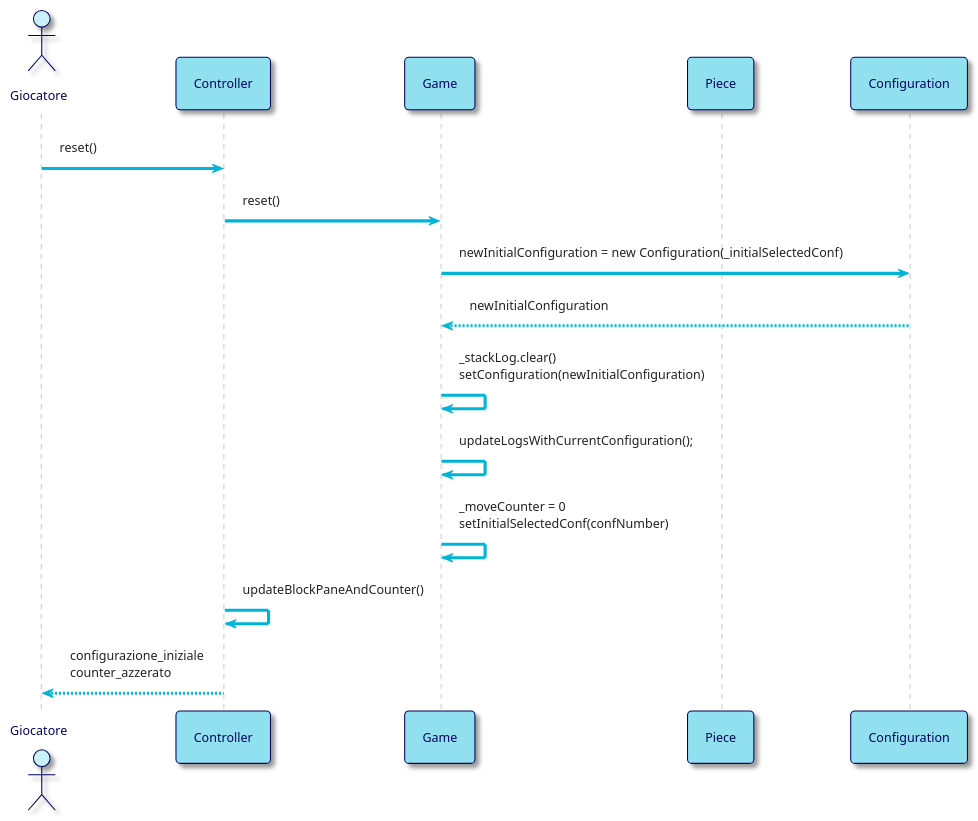
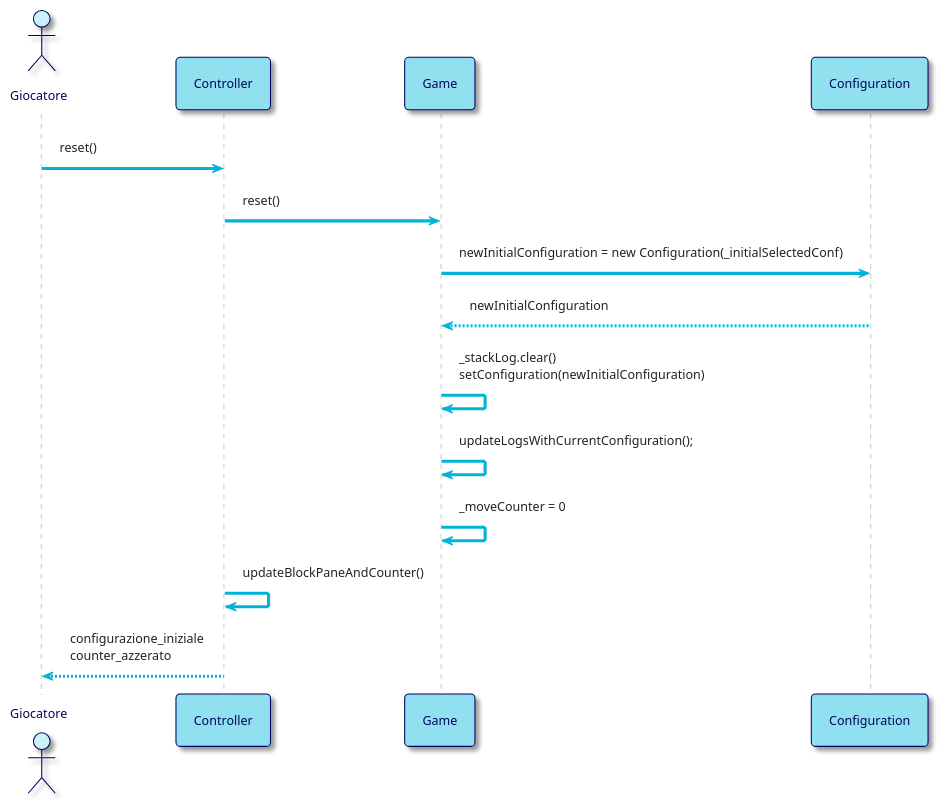
The fifth of 6 diagrams in resources/Sequence_Diagrams.md (bellins14/klotski_gruppo2), drawn with PlantUML before and after one commit. The commit also changed other lines of this file, not shown here.

````diff
--- a/resources/Sequence_Diagrams.md
+++ b/resources/Sequence_Diagrams.md
@@ -262,35 +262,34 @@
 ```plantuml
 @startuml
 !theme materia-outline
 
 skinparam ArrowColor #00B4D8
 skinparam ActorBorderColor #03045E
 skinparam ActorFontColor #03045E
 skinparam ActorBackgroundColor #CAF0F8
 skinparam ParticipantFontColor #03045E
 skinparam ParticipantBorderColor #03045E
 skinparam ParticipantBackgroundColor #90E0EF
 skinparam DatabaseBorderColor #03045E
 skinparam DatabaseBackgroundColor #00B4D8
 skinparam DatabaseFontColor #03045E
 skinparam BackgroundColor #FFFFFF
 
 actor Giocatore 
 participant Controller
 participant Game
-participant Piece
 
 
 Giocatore -> Controller: reset()
 Controller -> Game: reset()
 
 Game -> Configuration: newInitialConfiguration = new Configuration(_initialSelectedConf)
 Configuration --> Game: newInitialConfiguration
 Game -> Game: _stackLog.clear() \nsetConfiguration(newInitialConfiguration)
 Game -> Game: updateLogsWithCurrentConfiguration();
-Game -> Game: _moveCounter = 0 \nsetInitialSelectedConf(confNumber)
+Game -> Game: _moveCounter = 0 
 Controller -> Controller: updateBlockPaneAndCounter()
 Controller --> Giocatore: configurazione_iniziale \ncounter_azzerato
 
 @enduml
 ```
````
